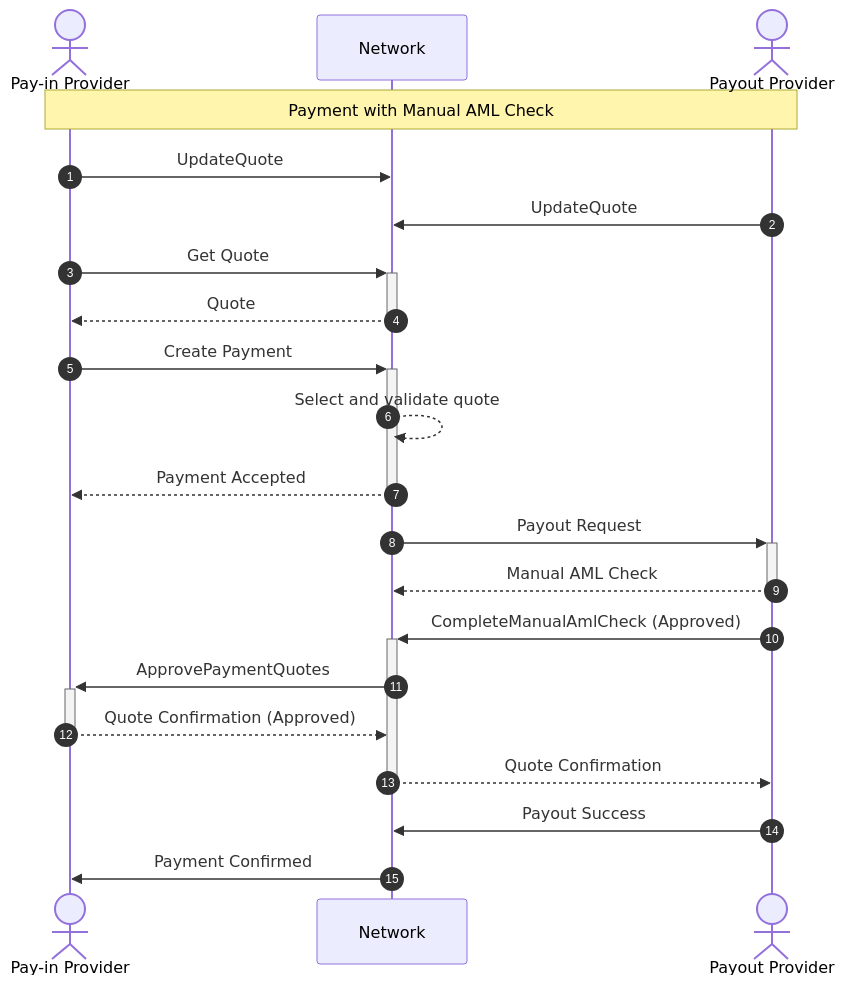
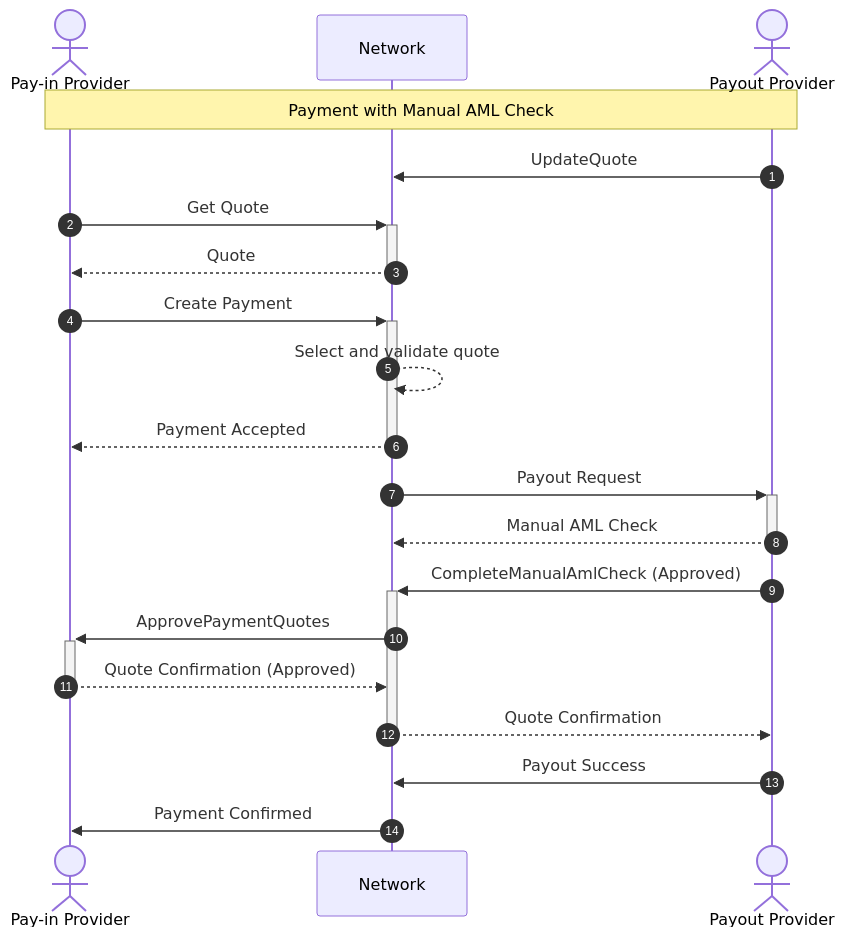
One commit to t-0-network/t-0-network.github.io changed the diagram in content/docs/network/payment-flow-aml.md. Above: the diagram before and after it, drawn with Mermaid. The commit also changed other lines of this file and 2 other files, not shown here.

First line of the commit message:
Address review: USD/USDT consistency, drop deprecated pay-in quote from AML flow

````diff
--- a/content/docs/network/payment-flow-aml.md
+++ b/content/docs/network/payment-flow-aml.md
@@ -16,28 +16,27 @@
 ```mermaid
 sequenceDiagram
     actor PIP as Pay-in Provider
     participant N as Network
     actor POP as Payout Provider
 
     autonumber
     Note over PIP, POP: Payment with Manual AML Check
 
-    PIP->>N: UpdateQuote
     POP->>N: UpdateQuote
     PIP->>+N: Get Quote
     N-->>-PIP: Quote
     PIP->>+N: Create Payment
     N-->>N: Select and validate quote
     N-->>-PIP: Payment Accepted
 
     N->>+POP: Payout Request
     POP-->>-N: Manual AML Check
 
     POP->>+N: CompleteManualAmlCheck (Approved)
     N->>+PIP: ApprovePaymentQuotes
     PIP-->>-N: Quote Confirmation (Approved)
     N-->>-POP: Quote Confirmation
 
     POP->>N: Payout Success
     N->>PIP: Payment Confirmed
 ```
````
